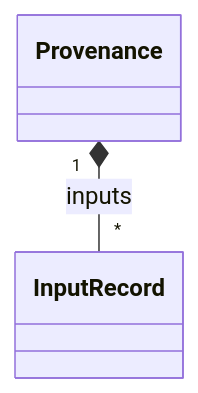
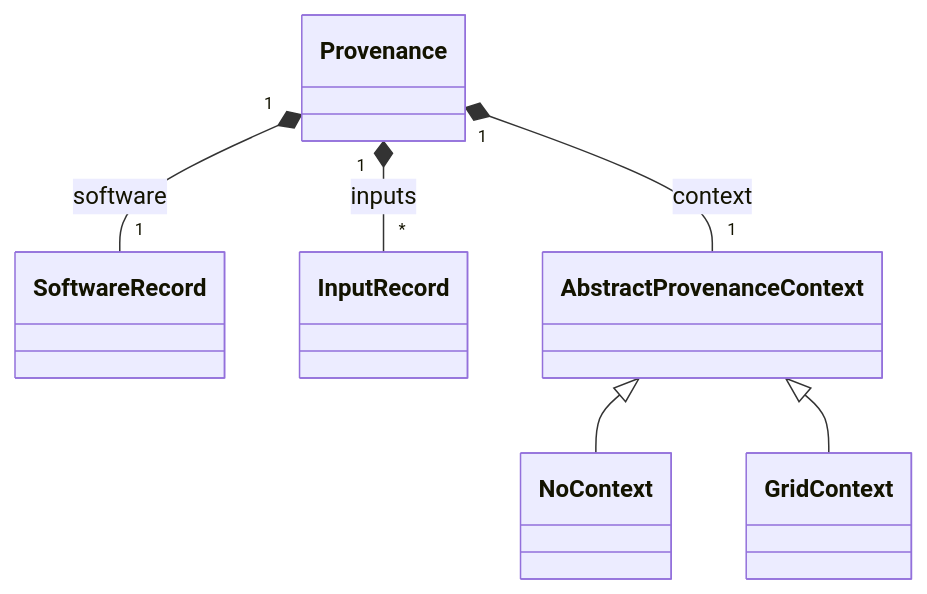
Before and after one commit to EcoJulia/EcoSISTEM.jl: diagram 22 of 23 in data/architecture.md, drawn with Mermaid. The commit also changed other lines of this file and 41 other files, not shown here.

````diff
--- a/data/architecture.md
+++ b/data/architecture.md
@@ -1072,6 +1084,14 @@
 ```mermaid
 classDiagram
     class Provenance
+    class SoftwareRecord
     class InputRecord
+    class AbstractProvenanceContext
+    class NoContext
+    class GridContext
+    Provenance "1" *-- "1" SoftwareRecord : software
     Provenance "1" *-- "*" InputRecord : inputs
+    Provenance "1" *-- "1" AbstractProvenanceContext : context
+    AbstractProvenanceContext <|-- NoContext
+    AbstractProvenanceContext <|-- GridContext
 ```
````
